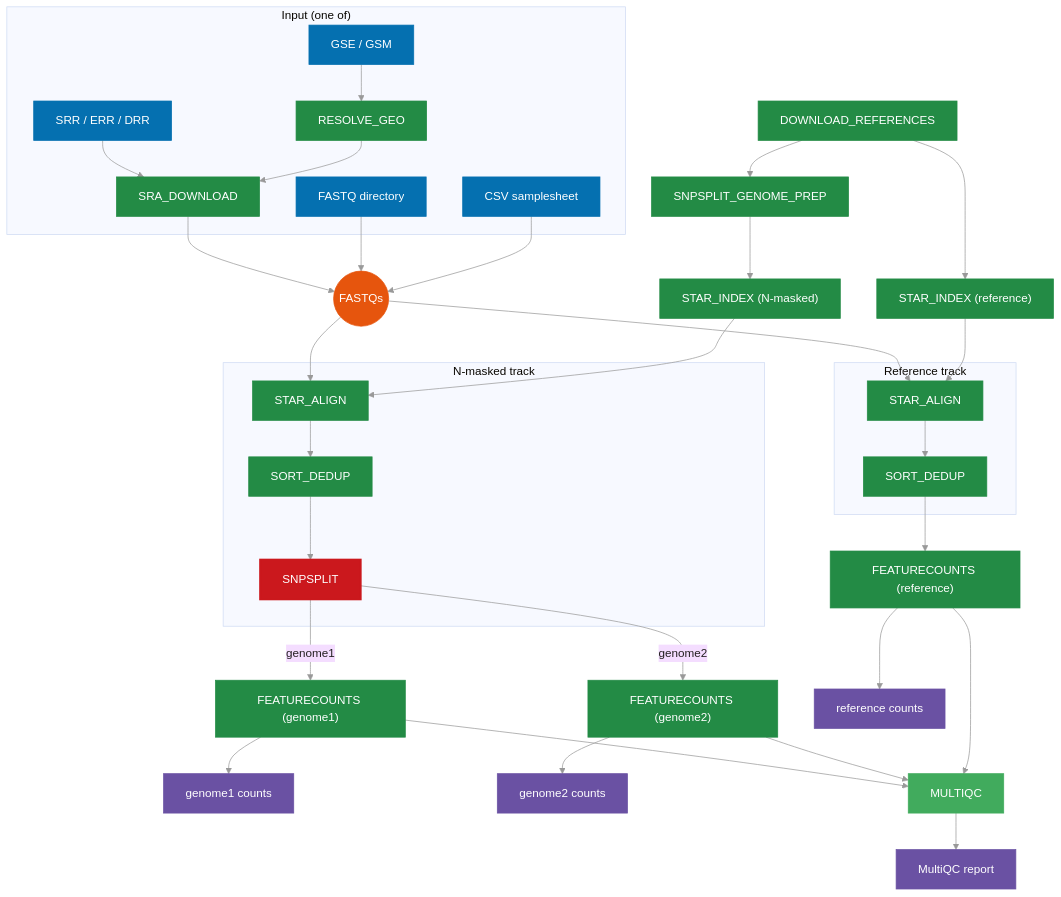
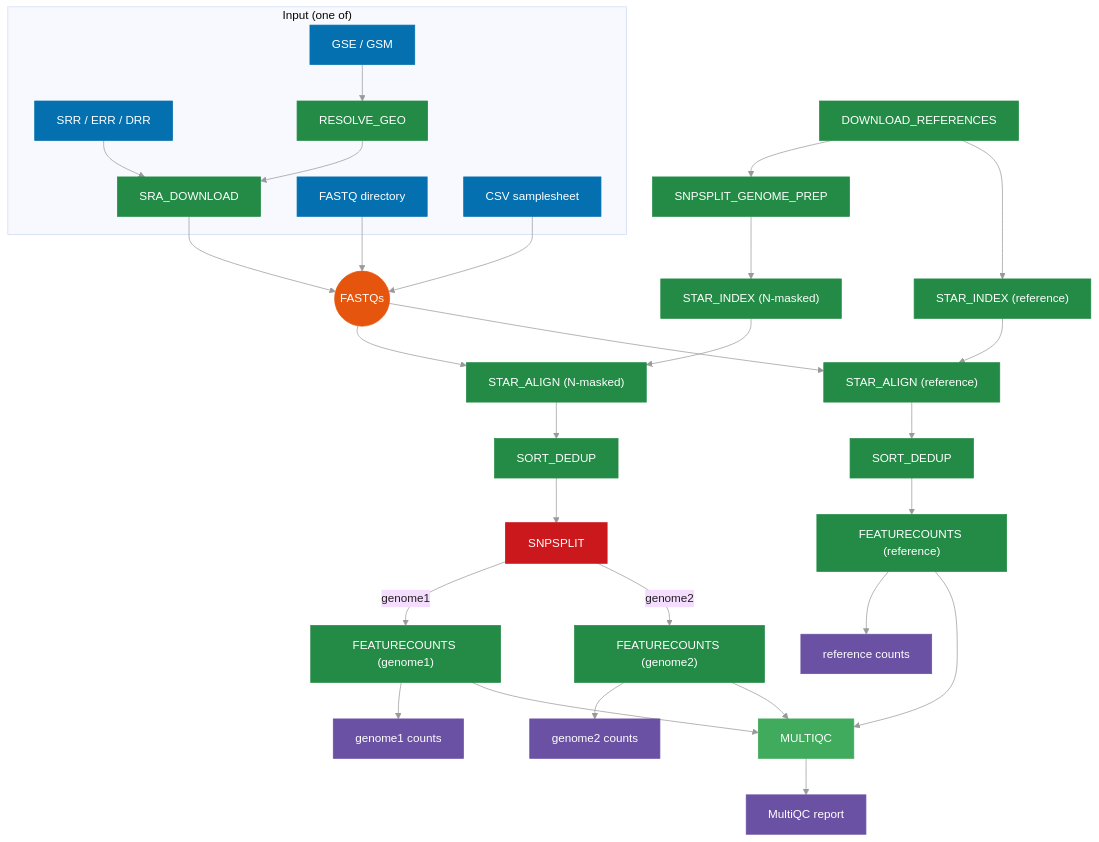
One commit to IPNP-BIPN/SPLIT changed the diagram in README.md. Above: the diagram before and after it, drawn with Mermaid.

Commit message:
fig: remove track subgraphs to reduce box size

````diff
--- a/README.md
+++ b/README.md
@@ -15,55 +15,48 @@
 ```mermaid
 %%{init: {'theme': 'base', 'themeVariables': {'background': '#ffffff', 'primaryTextColor': '#231f20', 'lineColor': '#999999', 'textColor': '#231f20', 'mainBkg': '#ffffff', 'nodeBorder': '#999999'}}}%%
 flowchart TD
     subgraph INPUT ["Input (one of)"]
         SRA["SRR / ERR / DRR"] --> SRA_DL["SRA_DOWNLOAD"]
         GEO["GSE / GSM"] --> RESOLVE["RESOLVE_GEO"] --> SRA_DL
         FQ_DIR["FASTQ directory"]
         CSV["CSV samplesheet"]
     end
 
     SRA_DL --> FASTQS(("FASTQs"))
     FQ_DIR --> FASTQS
     CSV --> FASTQS
 
     DOWNLOAD["DOWNLOAD_REFERENCES"] --> GPREP["SNPSPLIT_GENOME_PREP"]
-
     GPREP --> IDX1["STAR_INDEX (N-masked)"]
     DOWNLOAD --> IDX2["STAR_INDEX (reference)"]
 
-    subgraph TRACK1 ["N-masked track"]
-        A1["STAR_ALIGN"] --> S1["SORT_DEDUP"] --> SNP["SNPSPLIT"]
-    end
-
-    subgraph TRACK2 ["Reference track"]
-        A2["STAR_ALIGN"] --> S2["SORT_DEDUP"]
-    end
-
+    IDX1 --> A1["STAR_ALIGN (N-masked)"]
+    IDX2 --> A2["STAR_ALIGN (reference)"]
     FASTQS --> A1
     FASTQS --> A2
-    IDX1 --> A1
-    IDX2 --> A2
+
+    A1 --> S1["SORT_DEDUP"] --> SNP["SNPSPLIT"]
+    A2 --> S2["SORT_DEDUP "] --> FC3["FEATURECOUNTS (reference)"]
 
     SNP -->|"genome1"| FC1["FEATURECOUNTS (genome1)"]
     SNP -->|"genome2"| FC2["FEATURECOUNTS (genome2)"]
-    S2 --> FC3["FEATURECOUNTS (reference)"]
 
     FC1 --> O1["genome1 counts"]
     FC2 --> O2["genome2 counts"]
     FC3 --> O3["reference counts"]
     FC1 & FC2 & FC3 --> MQC["MULTIQC"] --> O4["MultiQC report"]
 
     classDef input fill:#0570b0,stroke:#0570b0,color:#fff
     classDef process fill:#238b45,stroke:#238b45,color:#fff
     classDef key fill:#cb181d,stroke:#cb181d,color:#fff,stroke-width:3px
     classDef output fill:#6a51a3,stroke:#6a51a3,color:#fff
     classDef data fill:#e6550d,stroke:#e6550d,color:#fff
-    classDef ref fill:#41ab5d,stroke:#41ab5d,color:#fff
+    classDef mqc fill:#41ab5d,stroke:#41ab5d,color:#fff
 
     class SRA,GEO,FQ_DIR,CSV input
     class SRA_DL,RESOLVE,DOWNLOAD,GPREP,IDX1,IDX2,A1,S1,A2,S2,FC1,FC2,FC3 process
     class SNP key
     class O1,O2,O3,O4 output
     class FASTQS data
-    class MQC ref
+    class MQC mqc
 ```
````
